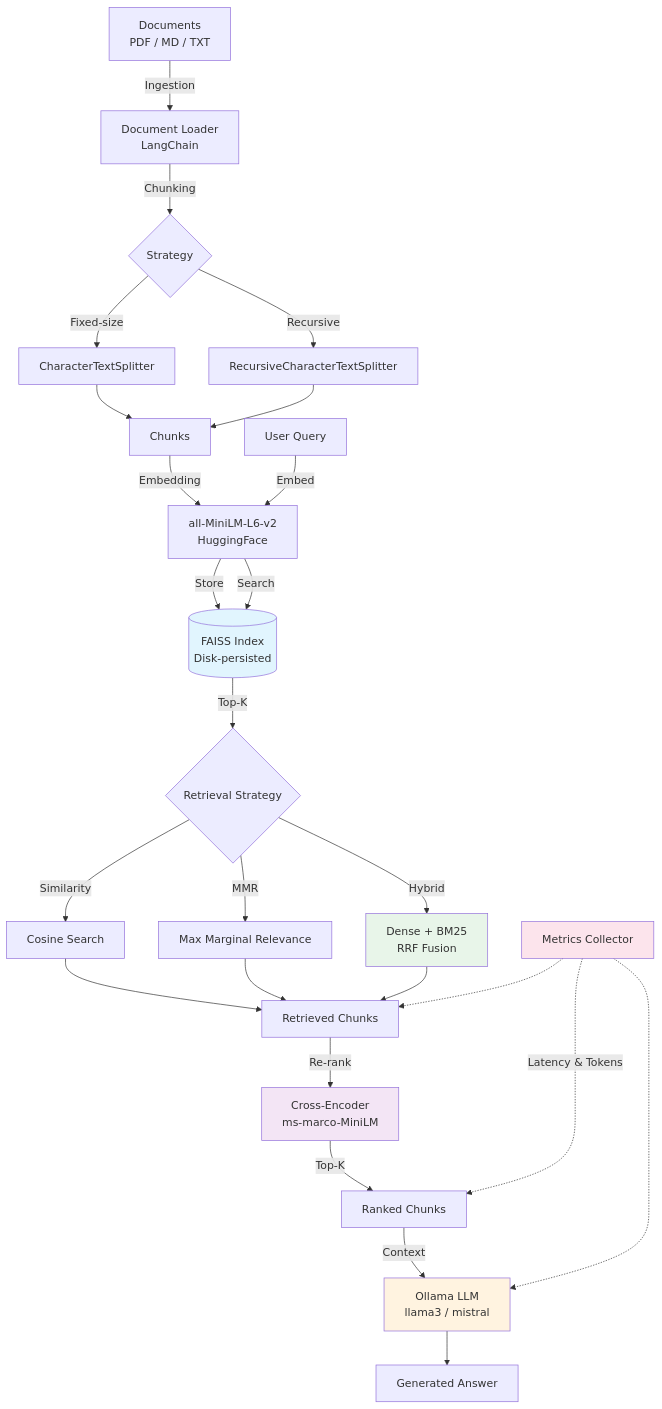
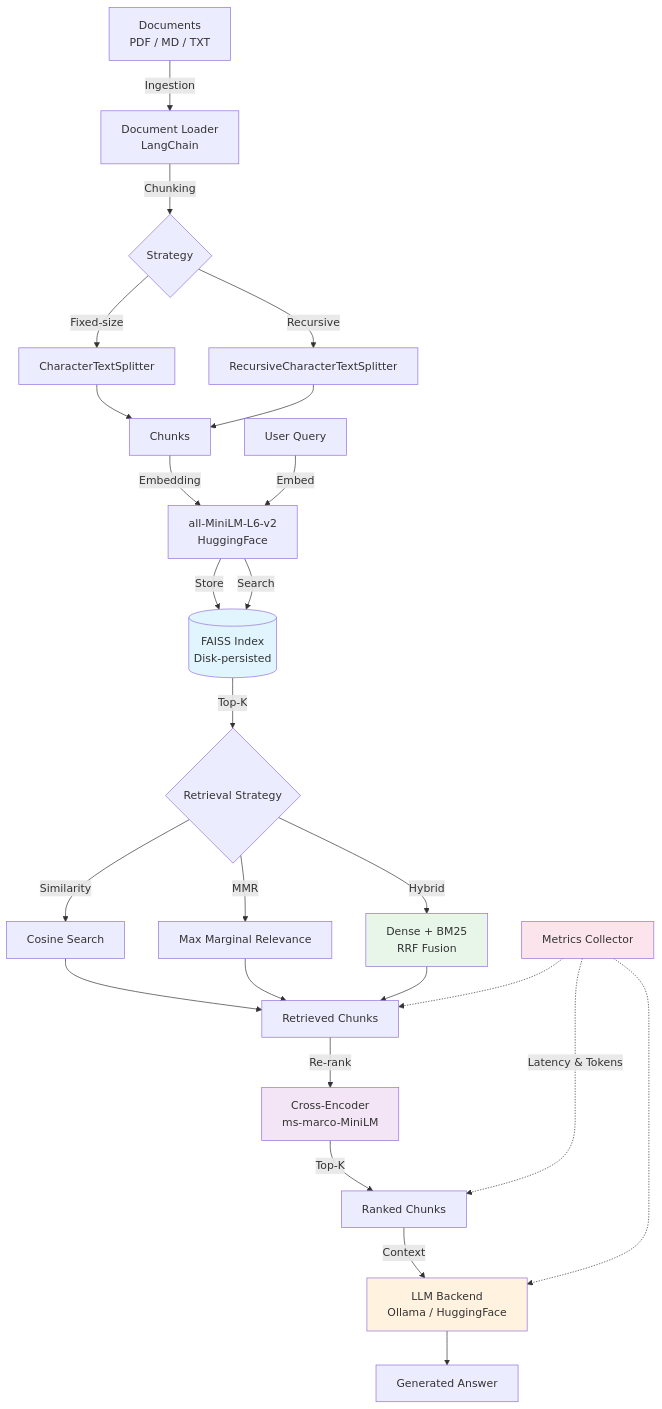
One commit to Philopateer-Nabil/rag-pipeline changed the diagram in README.md. Above: the diagram before and after it, drawn with Mermaid. The commit also changed other lines of this file, not shown here.

Commit message:
Update README with actual repo URL and dual LLM backend references

````diff
--- a/README.md
+++ b/README.md
@@ -7,35 +7,35 @@
 ```mermaid
 graph TD
     A[Documents<br/>PDF / MD / TXT] -->|Ingestion| B[Document Loader<br/>LangChain]
     B -->|Chunking| C{Strategy}
     C -->|Fixed-size| D[CharacterTextSplitter]
     C -->|Recursive| E[RecursiveCharacterTextSplitter]
     D --> F[Chunks]
     E --> F
     F -->|Embedding| G[all-MiniLM-L6-v2<br/>HuggingFace]
     G -->|Store| H[(FAISS Index<br/>Disk-persisted)]
 
     I[User Query] -->|Embed| G
     G -->|Search| H
     H -->|Top-K| J{Retrieval Strategy}
     J -->|Similarity| K[Cosine Search]
     J -->|MMR| L[Max Marginal Relevance]
     J -->|Hybrid| R[Dense + BM25<br/>RRF Fusion]
     K --> M[Retrieved Chunks]
     L --> M
     R --> M
     M -->|Re-rank| N[Cross-Encoder<br/>ms-marco-MiniLM]
     N -->|Top-K| O[Ranked Chunks]
-    O -->|Context| P[Ollama LLM<br/>llama3 / mistral]
+    O -->|Context| P[LLM Backend<br/>Ollama / HuggingFace]
     P --> Q[Generated Answer]
 
     S[Metrics Collector] -.->|Latency & Tokens| O
     S -.-> M
     S -.-> P
 
     style H fill:#e1f5fe
     style P fill:#fff3e0
     style N fill:#f3e5f5
     style R fill:#e8f5e9
     style S fill:#fce4ec
 ```
````
